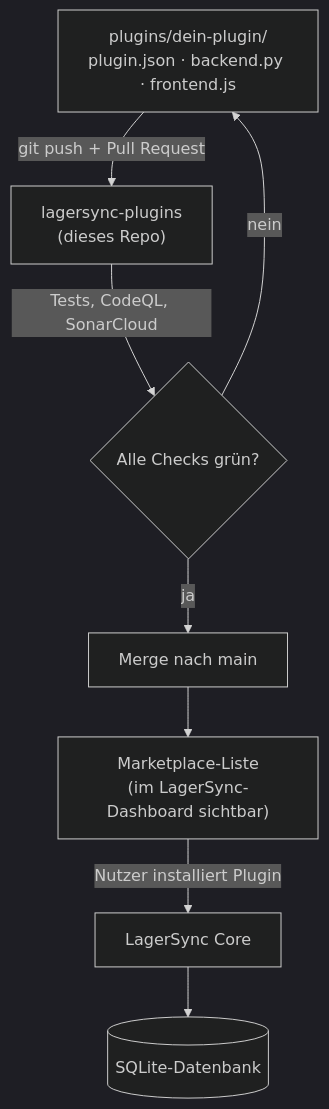
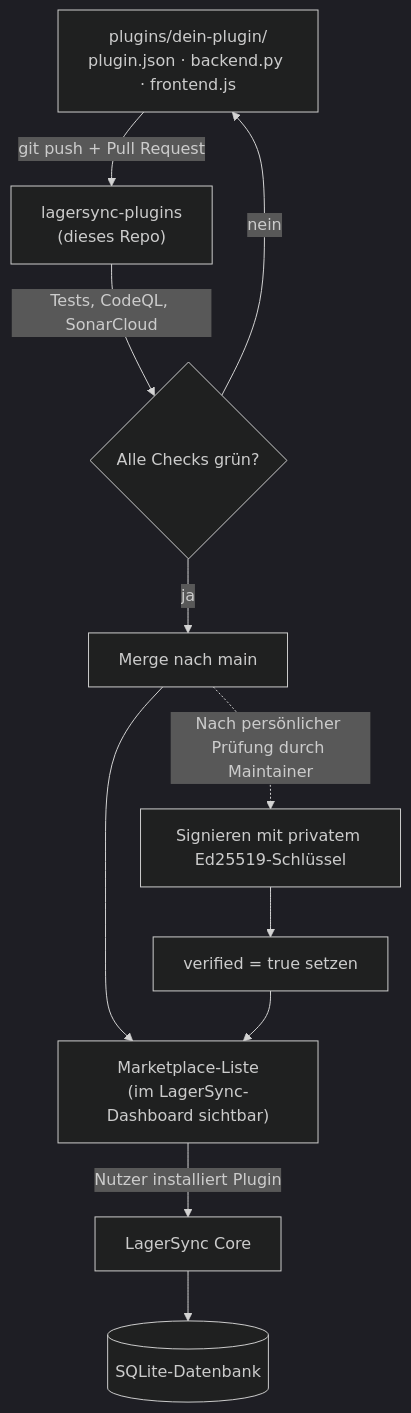
Before and after one commit to Gamerhund/lagersync-plugins: the first of 4 diagrams in docs/ARCHITECTURE.md, drawn with Mermaid (dark theme). The commit also changed 2 other files, not shown here.

Commit message:
update (#34)

````diff
--- a/docs/ARCHITECTURE.md
+++ b/docs/ARCHITECTURE.md
@@ -7,10 +7,14 @@
 ```mermaid
 flowchart TD
     A["plugins/dein-plugin/<br/>plugin.json · backend.py · frontend.js"] -->|"git push + Pull Request"| B["lagersync-plugins<br/>(dieses Repo)"]
     B -->|"Tests, CodeQL, SonarCloud"| C{"Alle Checks grün?"}
     C -->|"nein"| A
     C -->|"ja"| D["Merge nach main"]
     D --> E["Marketplace-Liste<br/>(im LagerSync-Dashboard sichtbar)"]
     E -->|"Nutzer installiert Plugin"| F["LagerSync Core"]
     F --> G[("SQLite-Datenbank")]
+    
+    D -.->|"Nach persönlicher Prüfung durch Maintainer"| H["Signieren mit privatem Ed25519-Schlüssel"]
+    H --> I["verified = true setzen"]
+    I --> E
 ```
````
